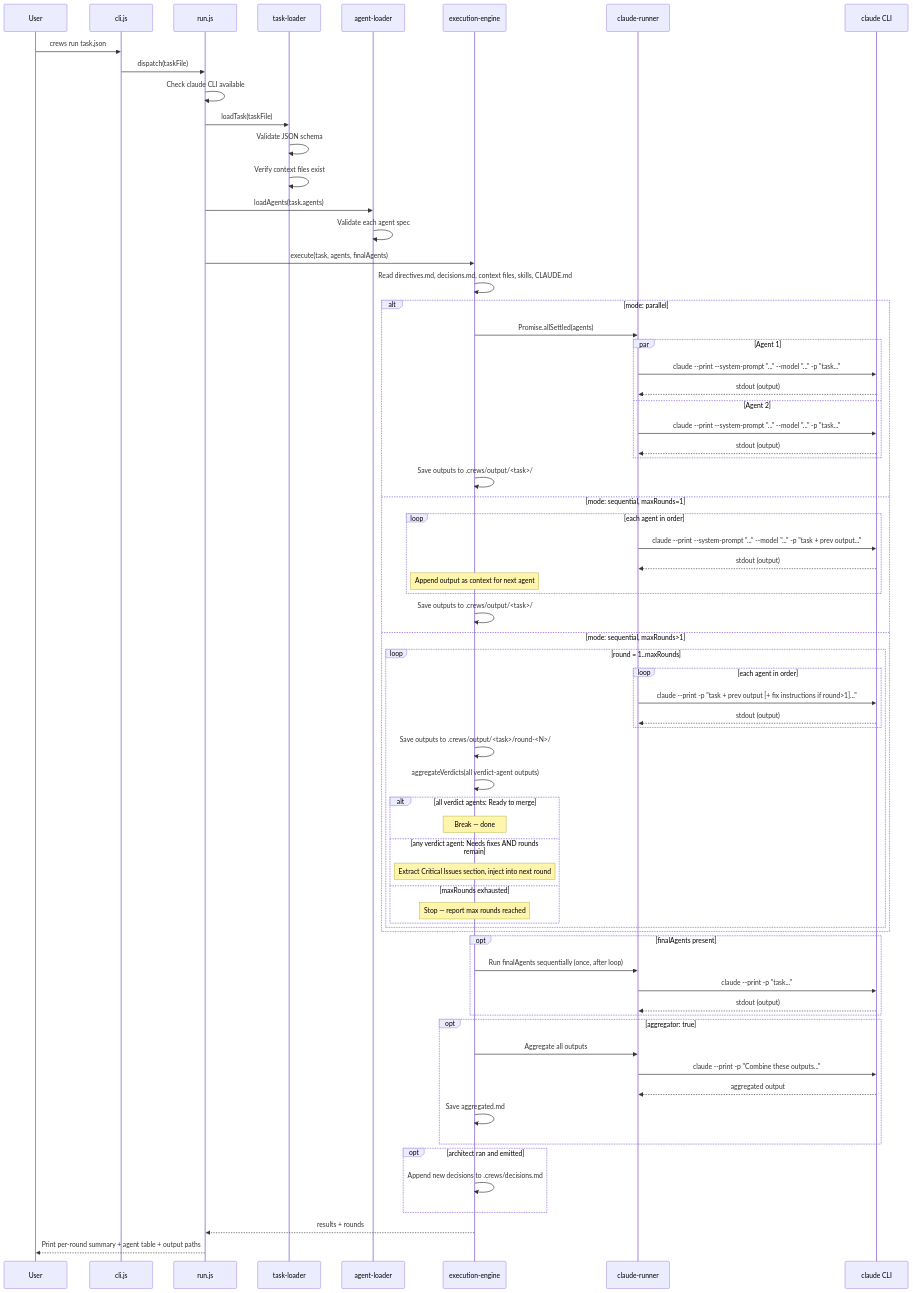
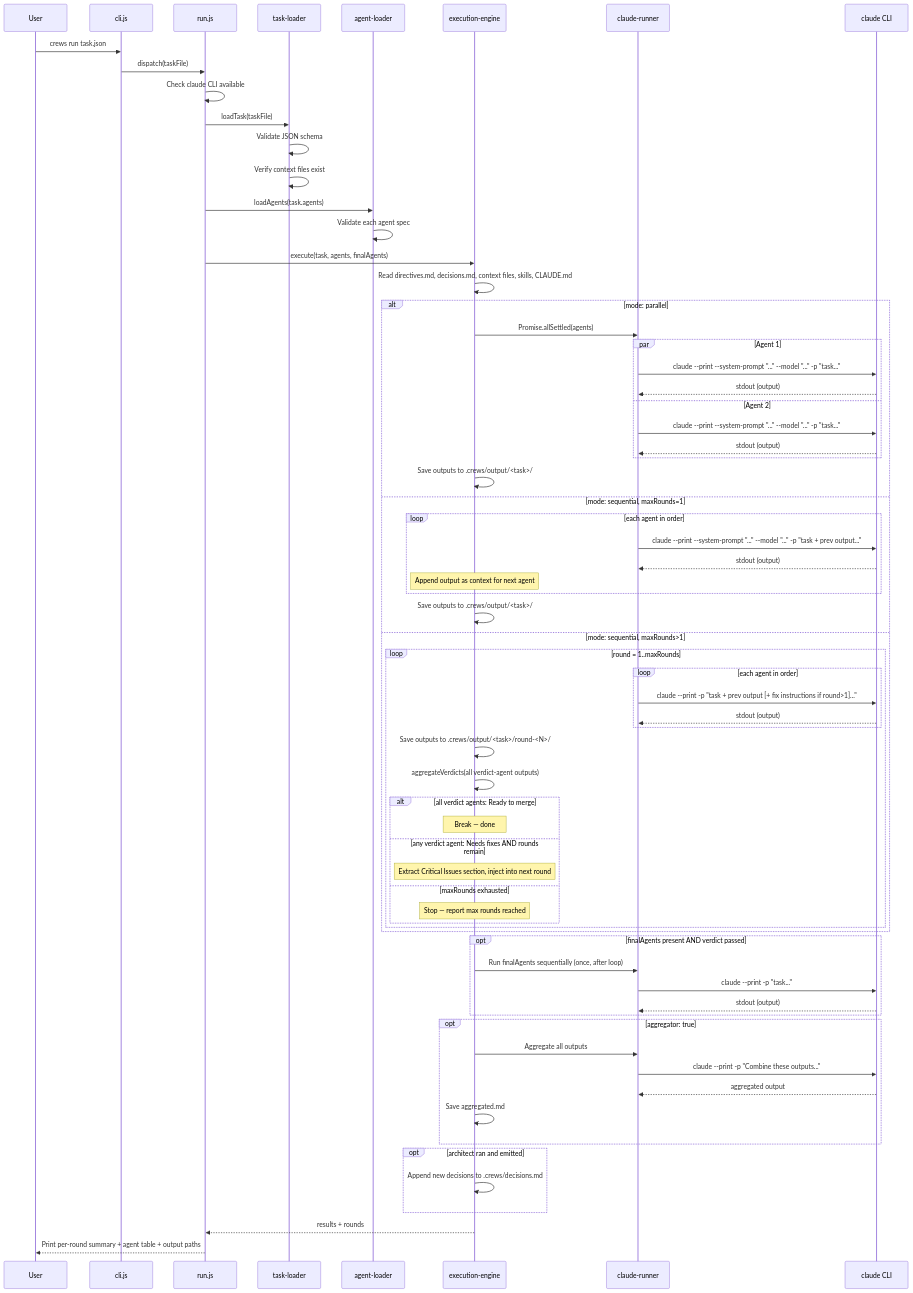
Before and after one commit to reutisr/crews: the third of 4 diagrams in docs/architecture.md, drawn with Mermaid. The commit also changed other lines of this file and 15 other files, not shown here.

Commit message:
fix: skip finalAgents on failed verdict, add frontend-dev agent, remove temperature

````diff
--- a/docs/architecture.md
+++ b/docs/architecture.md
@@ -135,77 +139,77 @@
 ```mermaid
 sequenceDiagram
     participant User
     participant CLI as cli.js
     participant Run as run.js
     participant TL as task-loader
     participant AL as agent-loader
     participant EE as execution-engine
     participant CR as claude-runner
     participant CC as claude CLI
 
     User->>CLI: crews run task.json
     CLI->>Run: dispatch(taskFile)
     Run->>Run: Check claude CLI available
     Run->>TL: loadTask(taskFile)
     TL->>TL: Validate JSON schema
     TL->>TL: Verify context files exist
     Run->>AL: loadAgents(task.agents)
     AL->>AL: Validate each agent spec
     Run->>EE: execute(task, agents, finalAgents)
     EE->>EE: Read directives.md, decisions.md, context files, skills, CLAUDE.md
 
     alt mode: parallel
         EE->>CR: Promise.allSettled(agents)
         par Agent 1
             CR->>CC: claude --print --system-prompt "..." --model "..." -p "task..."
             CC-->>CR: stdout (output)
         and Agent 2
             CR->>CC: claude --print --system-prompt "..." --model "..." -p "task..."
             CC-->>CR: stdout (output)
         end
         EE->>EE: Save outputs to .crews/output/<task>/
     else mode: sequential, maxRounds=1
         loop each agent in order
             CR->>CC: claude --print --system-prompt "..." --model "..." -p "task + prev output..."
             CC-->>CR: stdout (output)
             Note over EE: Append output as context for next agent
         end
         EE->>EE: Save outputs to .crews/output/<task>/
     else mode: sequential, maxRounds>1
         loop round = 1..maxRounds
             loop each agent in order
                 CR->>CC: claude --print -p "task + prev output [+ fix instructions if round>1]..."
                 CC-->>CR: stdout (output)
             end
             EE->>EE: Save outputs to .crews/output/<task>/round-<N>/
             EE->>EE: aggregateVerdicts(all verdict-agent outputs)
             alt all verdict agents: Ready to merge
                 Note over EE: Break — done
             else any verdict agent: Needs fixes AND rounds remain
                 Note over EE: Extract Critical Issues section, inject into next round
             else maxRounds exhausted
                 Note over EE: Stop — report max rounds reached
             end
         end
     end
 
-    opt finalAgents present
+    opt finalAgents present AND verdict passed
         EE->>CR: Run finalAgents sequentially (once, after loop)
         CR->>CC: claude --print -p "task..."
         CC-->>CR: stdout (output)
     end
 
     opt aggregator: true
         EE->>CR: Aggregate all outputs
         CR->>CC: claude --print -p "Combine these outputs..."
         CC-->>CR: aggregated output
         EE->>EE: Save aggregated.md
     end
 
     opt architect ran and emitted ## New Decisions
         EE->>EE: Append new decisions to .crews/decisions.md
     end
 
     EE-->>Run: results + rounds
     Run-->>User: Print per-round summary + agent table + output paths
 ```
````
